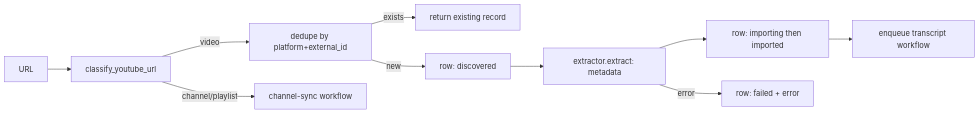
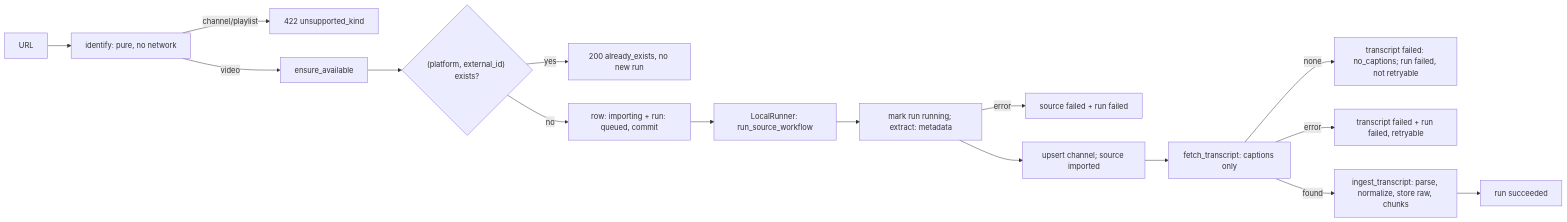
The diagram in docs/workflows/ingestion-workflow.md (coder-aadii/StoryWeaver), drawn with Mermaid before and after one commit. The commit also changed other lines of this file and 146 other files, not shown here.

````diff
--- a/docs/workflows/ingestion-workflow.md
+++ b/docs/workflows/ingestion-workflow.md
@@ -24,12 +28,18 @@
 ```mermaid
 flowchart LR
-    A[URL] --> B[classify_youtube_url]
-    B -->|video| C[dedupe by platform+external_id]
-    B -->|channel/playlist| X[channel-sync workflow]
-    C -->|exists| R[return existing record]
-    C -->|new| D[row: discovered]
-    D --> E[extractor.extract: metadata]
-    E --> F[row: importing then imported]
-    F --> G[enqueue transcript workflow]
-    E -->|error| H[row: failed + error]
+    A[URL] --> B[identify: pure, no network]
+    B -->|channel/playlist| X[422 unsupported_kind]
+    B -->|video| C[ensure_available]
+    C --> D{"(platform, external_id) exists?"}
+    D -->|yes| R[200 already_exists, no new run]
+    D -->|no| E[row: importing + run: queued, commit]
+    E --> W[LocalRunner: run_source_workflow]
+    W --> F[mark run running; extract: metadata]
+    F -->|error| H[source failed + run failed]
+    F --> G[upsert channel; source imported]
+    G --> T[fetch_transcript: captions only]
+    T -->|none| N[transcript failed: no_captions; run failed, not retryable]
+    T -->|error| H2[transcript failed + run failed, retryable]
+    T -->|found| I[ingest_transcript: parse, normalize, store raw, chunks]
+    I --> S[run succeeded]
 ```
````
